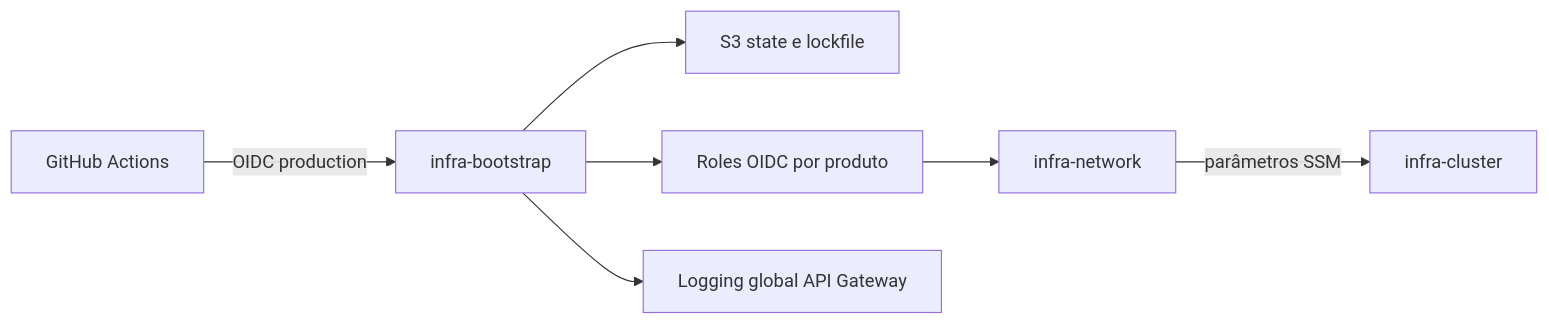
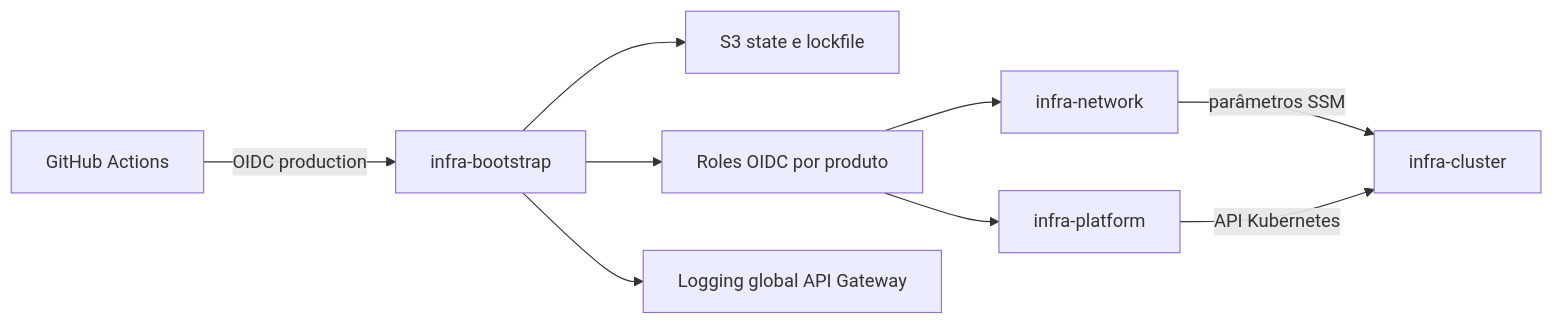
The diagram in README.md (AloisioBarbosa/infra-bootstrap), drawn with Mermaid before and after one commit. The commit also changed other lines of this file and 6 other files, not shown here.

Commit message:
feat: add infra-platform OIDC role

````diff
--- a/README.md
+++ b/README.md
@@ -30,9 +31,11 @@
 ```mermaid
 flowchart LR
   GH["GitHub Actions"] -->|"OIDC production"| B["infra-bootstrap"]
   B --> S3["S3 state e lockfile"]
   B --> IAM["Roles OIDC por produto"]
   B --> APIGW["Logging global API Gateway"]
   IAM --> N["infra-network"]
+  IAM --> P["infra-platform"]
   N -->|"parâmetros SSM"| C["infra-cluster"]
+  P -->|"API Kubernetes"| C
 ```
````
